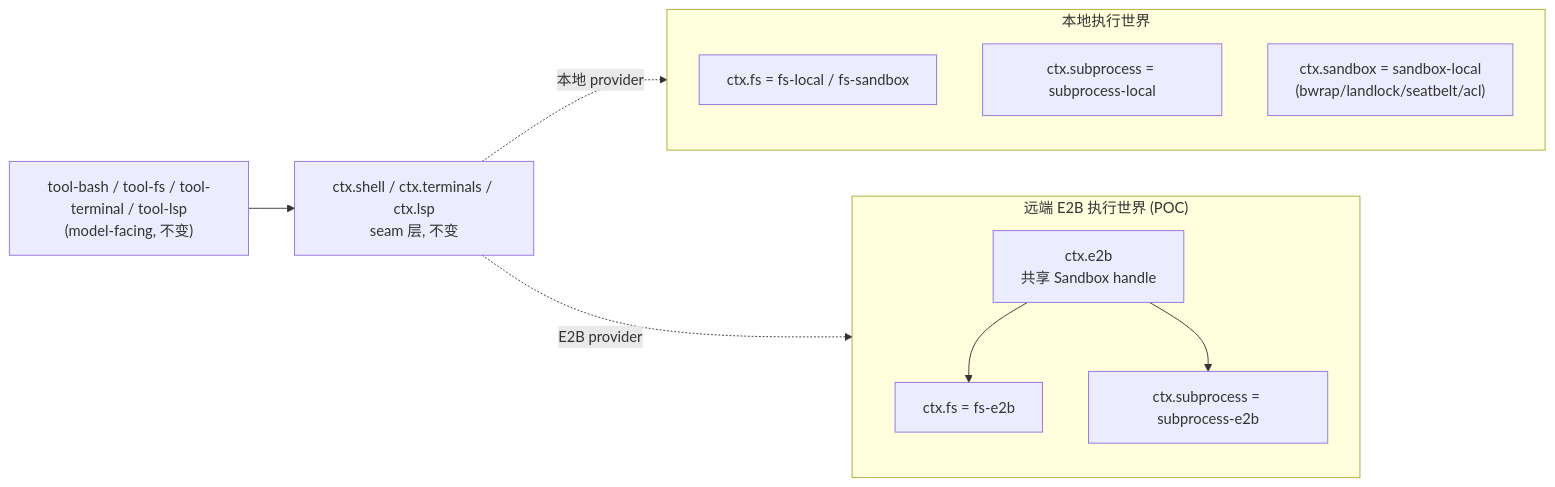
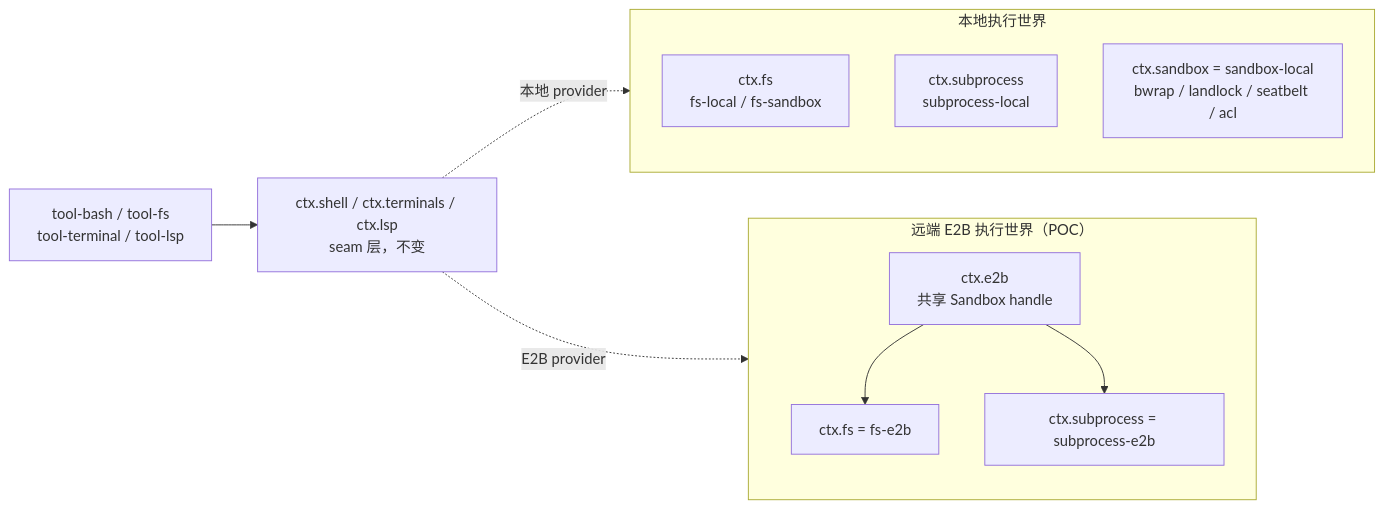
Before and after one commit to morehao/oss-insights: the third of 4 diagrams in ai-agent/deepseek-harness/sandbox-capability-seams.md, drawn with Mermaid. The commit also changed other lines of this file and 27 other files, not shown here.

````diff
--- a/ai-agent/deepseek-harness/sandbox-capability-seams.md
+++ b/ai-agent/deepseek-harness/sandbox-capability-seams.md
@@ -276,23 +284,23 @@
 ```mermaid
 flowchart LR
   subgraph LOCAL["本地执行世界"]
-    FS1["ctx.fs = fs-local / fs-sandbox"]
-    SUB1["ctx.subprocess = subprocess-local"]
-    SBOX1["ctx.sandbox = sandbox-local\n(bwrap/landlock/seatbelt/acl)"]
+    FS1["ctx.fs<br>fs-local / fs-sandbox"]
+    SUB1["ctx.subprocess<br>subprocess-local"]
+    SBOX1["ctx.sandbox = sandbox-local<br>bwrap / landlock / seatbelt / acl"]
   end
 
-  subgraph E2B["远端 E2B 执行世界 (POC)"]
-    E2["ctx.e2b\n共享 Sandbox handle"]
+  subgraph E2B["远端 E2B 执行世界（POC）"]
+    E2["ctx.e2b<br>共享 Sandbox handle"]
     FSE["ctx.fs = fs-e2b"]
     SUBE["ctx.subprocess = subprocess-e2b"]
   end
 
-  TOOLS["tool-bash / tool-fs / tool-terminal / tool-lsp\n(model-facing, 不变)"]
-  SEAMS["ctx.shell / ctx.terminals / ctx.lsp\nseam 层, 不变"]
+  TOOLS["tool-bash / tool-fs<br>tool-terminal / tool-lsp"]
+  SEAMS["ctx.shell / ctx.terminals / ctx.lsp<br>seam 层，不变"]
 
   TOOLS --> SEAMS
   SEAMS -.->|"本地 provider"| LOCAL
   SEAMS -.->|"E2B provider"| E2B
   E2 --> FSE
   E2 --> SUBE
 ```
````
